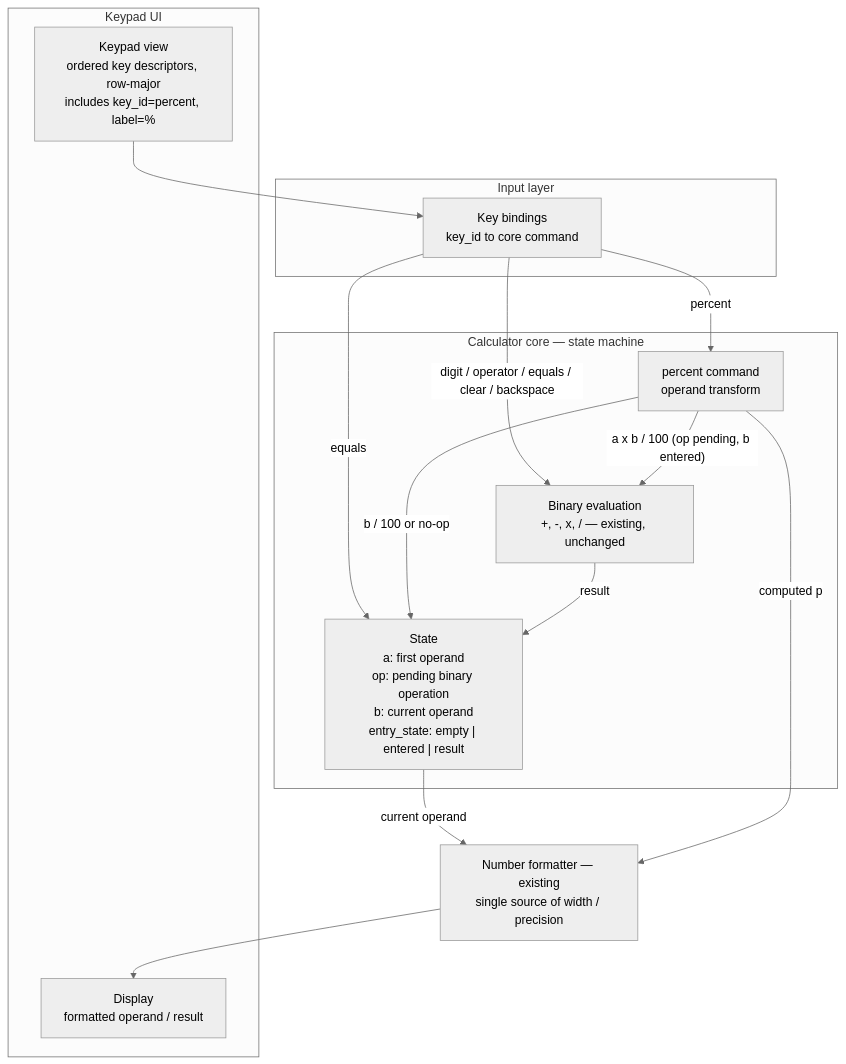
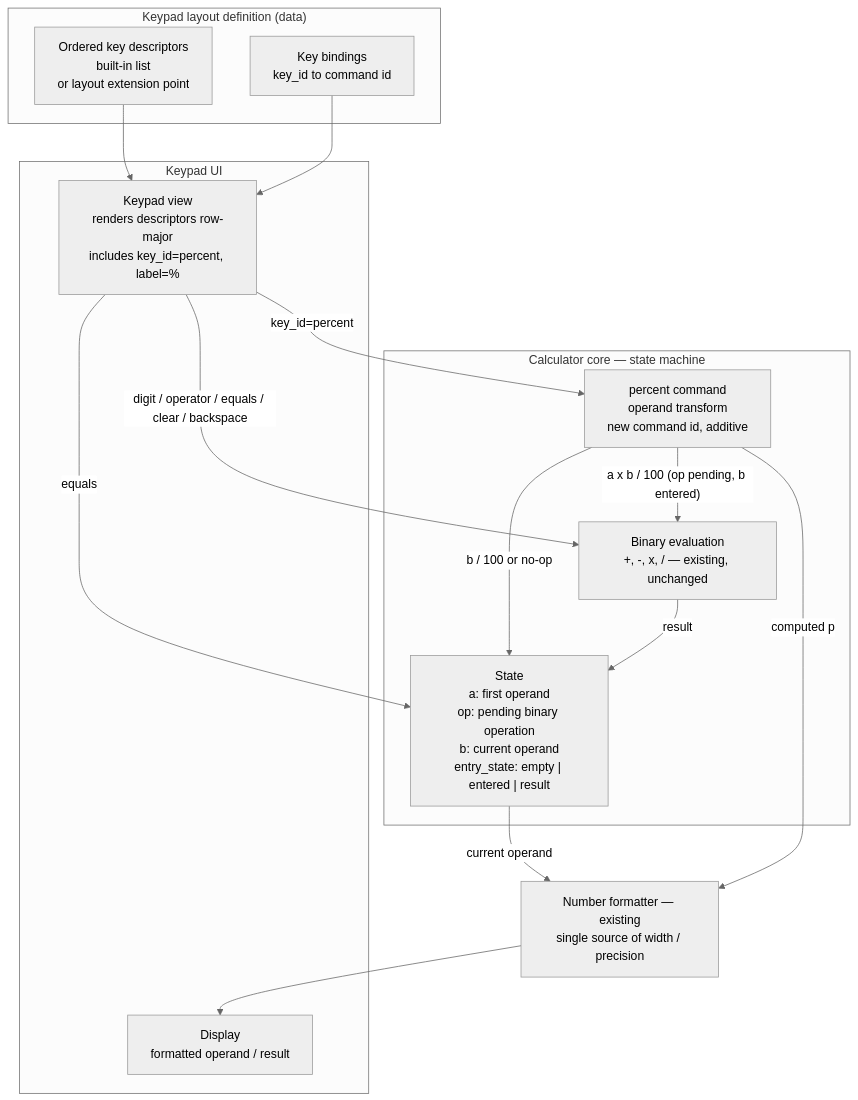
One commit to vadagama/dark-factory-calc changed the diagram in .factory/changes/2026/CHG-percent-button/design/overview.md. Above: the diagram before and after it, drawn with Mermaid (neutral theme). The commit also changed other lines of this file and 3 other files, not shown here.

First line of the commit message:
factory: chg_calc_m3_001 (specification/architecture)

````diff
--- a/.factory/changes/2026/CHG-percent-button/design/overview.md
+++ b/.factory/changes/2026/CHG-percent-button/design/overview.md
@@ -40,30 +52,32 @@
 ```mermaid
 flowchart TD
-  subgraph UI["Keypad UI"]
-    KP["Keypad view<br/>ordered key descriptors, row-major<br/>includes key_id=percent, label=%"]
-    DISP["Display<br/>formatted operand / result"]
+  subgraph LAYOUT["Keypad layout definition (data)"]
+    LD["Ordered key descriptors<br/>built-in list<br/>or layout extension point"]
+    BIND["Key bindings<br/>key_id to command id"]
   end
 
-  subgraph INPUT["Input layer"]
-    BIND["Key bindings<br/>key_id to core command"]
+  subgraph UI["Keypad UI"]
+    KP["Keypad view<br/>renders descriptors row-major<br/>includes key_id=percent, label=%"]
+    DISP["Display<br/>formatted operand / result"]
   end
 
   subgraph CORE["Calculator core — state machine"]
     ST["State<br/>a: first operand<br/>op: pending binary operation<br/>b: current operand<br/>entry_state: empty | entered | result"]
-    PCT["percent command<br/>operand transform"]
+    PCT["percent command<br/>operand transform<br/>new command id, additive"]
     EVAL["Binary evaluation<br/>+, -, x, / — existing, unchanged"]
   end
 
   FMT["Number formatter — existing<br/>single source of width / precision"]
 
-  KP --> BIND
-  BIND -->|digit / operator / equals / clear / backspace| EVAL
-  BIND -->|equals| ST
-  BIND -->|percent| PCT
+  LD --> KP
+  BIND --> KP
+  KP -->|"key_id=percent"| PCT
+  KP -->|"digit / operator / equals / clear / backspace"| EVAL
+  KP -->|equals| ST
   PCT -->|"a x b / 100 (op pending, b entered)"| EVAL
   PCT -->|"b / 100 or no-op"| ST
   EVAL -->|result| ST
   ST -->|current operand| FMT
   PCT -->|computed p| FMT
   FMT --> DISP
 ```
````
